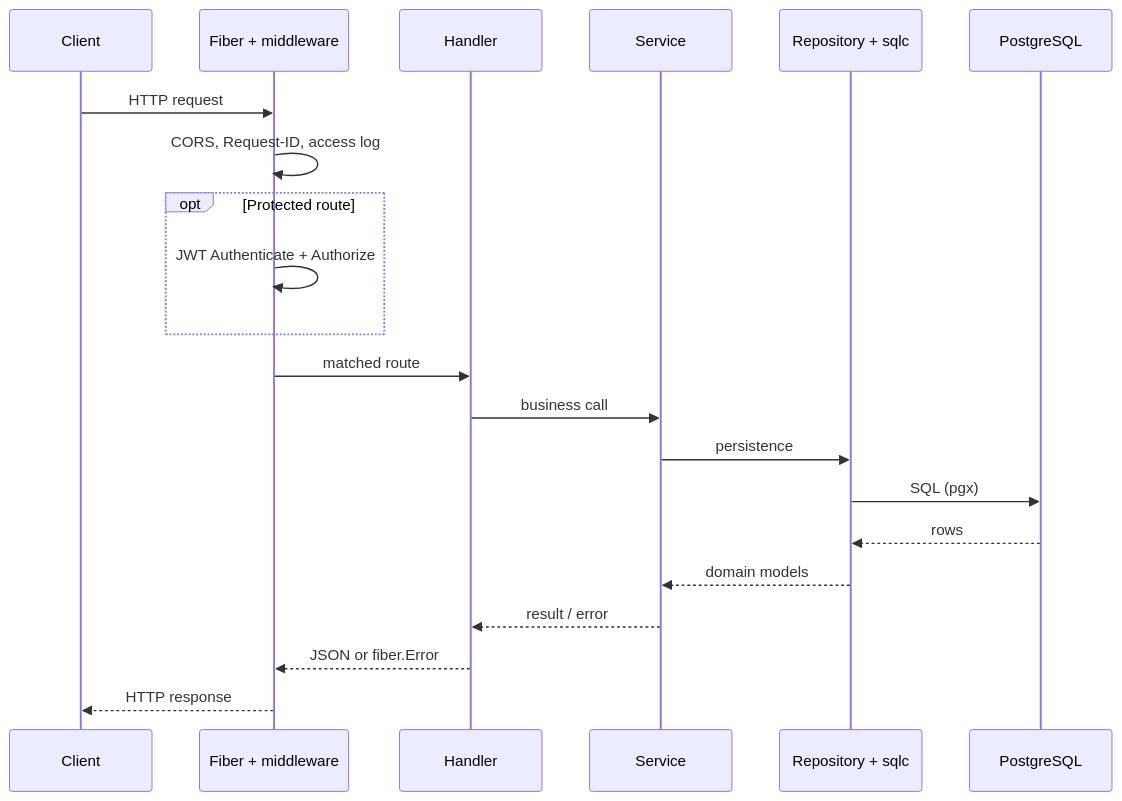
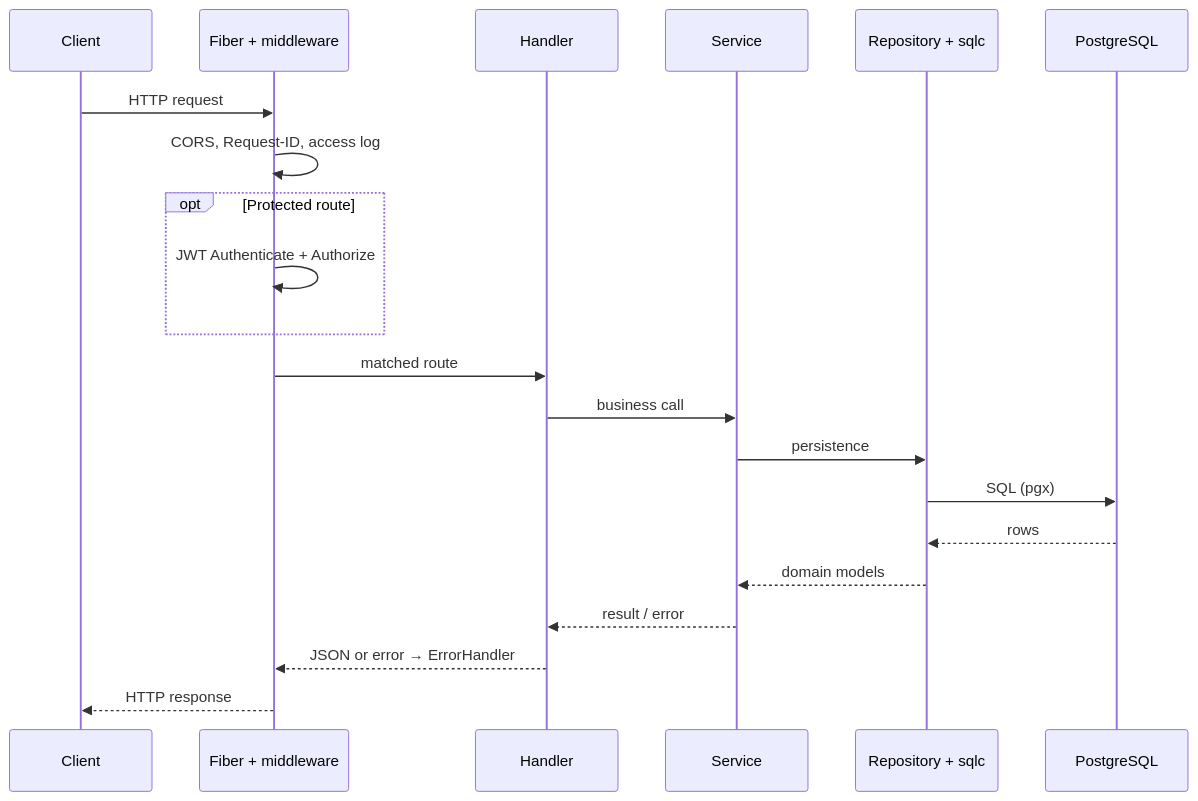
The fourth of 6 diagrams in docs/ARCHITECTURE.md (nuralam24/go-crud-with-fiber), drawn with Mermaid before and after one commit. The commit also changed other lines of this file and 8 other files, not shown here.

Commit message:
Refactor API routes to use `/api/v1` prefix; update Swagger documentation paths and enhance README for clarity on API structure and usage. Improve architecture documentation with detailed descriptions and diagrams for better understanding of system components.

````diff
--- a/docs/ARCHITECTURE.md
+++ b/docs/ARCHITECTURE.md
@@ -132,24 +134,24 @@
 ```mermaid
 sequenceDiagram
   participant Client
   participant Fiber as Fiber + middleware
   participant H as Handler
   participant S as Service
   participant R as Repository + sqlc
   participant PG as PostgreSQL
 
   Client->>Fiber: HTTP request
   Fiber->>Fiber: CORS, Request-ID, access log
   opt Protected route
     Fiber->>Fiber: JWT Authenticate + Authorize
   end
   Fiber->>H: matched route
   H->>S: business call
   S->>R: persistence
   R->>PG: SQL (pgx)
   PG-->>R: rows
   R-->>S: domain models
   S-->>H: result / error
-  H-->>Fiber: JSON or fiber.Error
+  H-->>Fiber: JSON or error → ErrorHandler
   Fiber-->>Client: HTTP response
 ```
````
